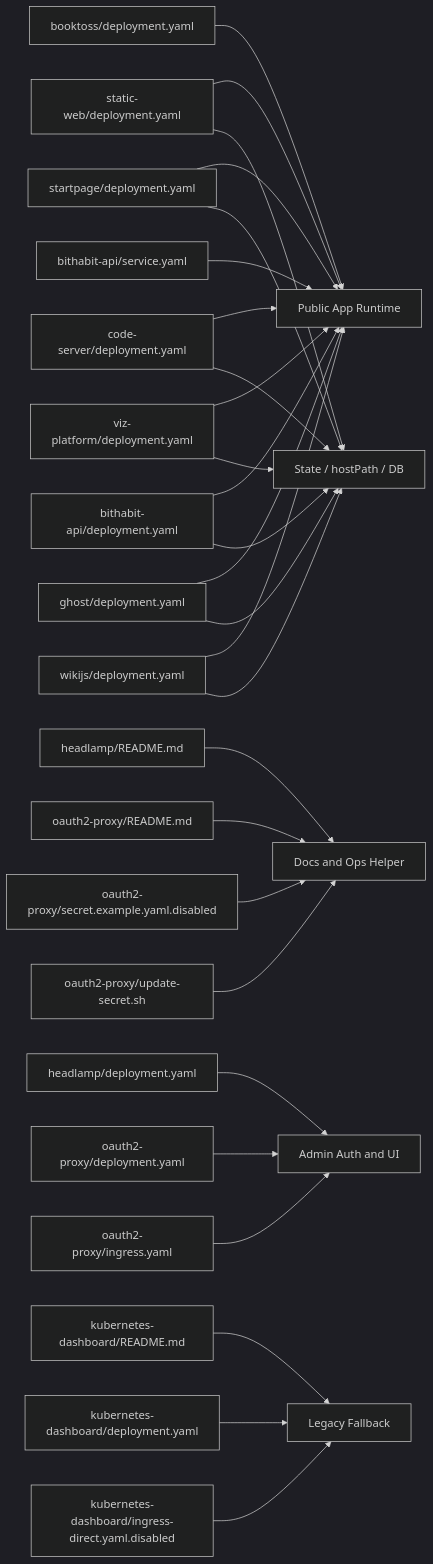
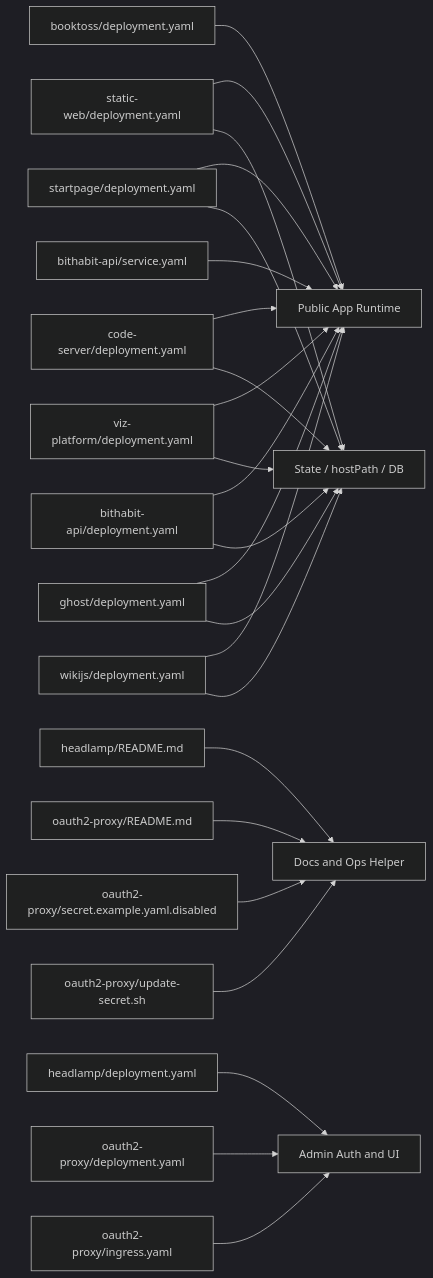
One commit to bookseal/bit-habit-infra changed the fourth of 6 diagrams in README.md. Above: the diagram before and after it, drawn with Mermaid (dark theme). The commit also changed other lines of this file and 10 other files, not shown here.

Commit message:
Refresh admin docs and remove legacy dashboard

````diff
--- a/README.md
+++ b/README.md
@@ -164,37 +207,32 @@
 ```mermaid
 flowchart LR
     public[Public App Runtime]
     state[State / hostPath / DB]
     admin[Admin Auth and UI]
     docs[Docs and Ops Helper]
-    legacy[Legacy Fallback]
 
     staticweb[static-web/deployment.yaml] --> public
     staticweb --> state
     startpage[startpage/deployment.yaml] --> public
     startpage --> state
     booktoss[booktoss/deployment.yaml] --> public
     codeserver[code-server/deployment.yaml] --> public
     codeserver --> state
     viz[viz-platform/deployment.yaml] --> public
     viz --> state
     apiIn[bithabit-api/deployment.yaml] --> public
     apiIn --> state
     apiOut[bithabit-api/service.yaml] --> public
     ghost[ghost/deployment.yaml] --> public
     ghost --> state
     wiki[wikijs/deployment.yaml] --> public
     wiki --> state
 
     hdoc[headlamp/README.md] --> docs
     headlamp[headlamp/deployment.yaml] --> admin
     odoc[oauth2-proxy/README.md] --> docs
     oauthdeploy[oauth2-proxy/deployment.yaml] --> admin
     oauthing[oauth2-proxy/ingress.yaml] --> admin
     oauthsecret[oauth2-proxy/secret.example.yaml.disabled] --> docs
     oauthscript[oauth2-proxy/update-secret.sh] --> docs
-
-    kdoc[kubernetes-dashboard/README.md] --> legacy
-    kdeploy[kubernetes-dashboard/deployment.yaml] --> legacy
-    king[kubernetes-dashboard/ingress-direct.yaml.disabled] --> legacy
 ```
````
